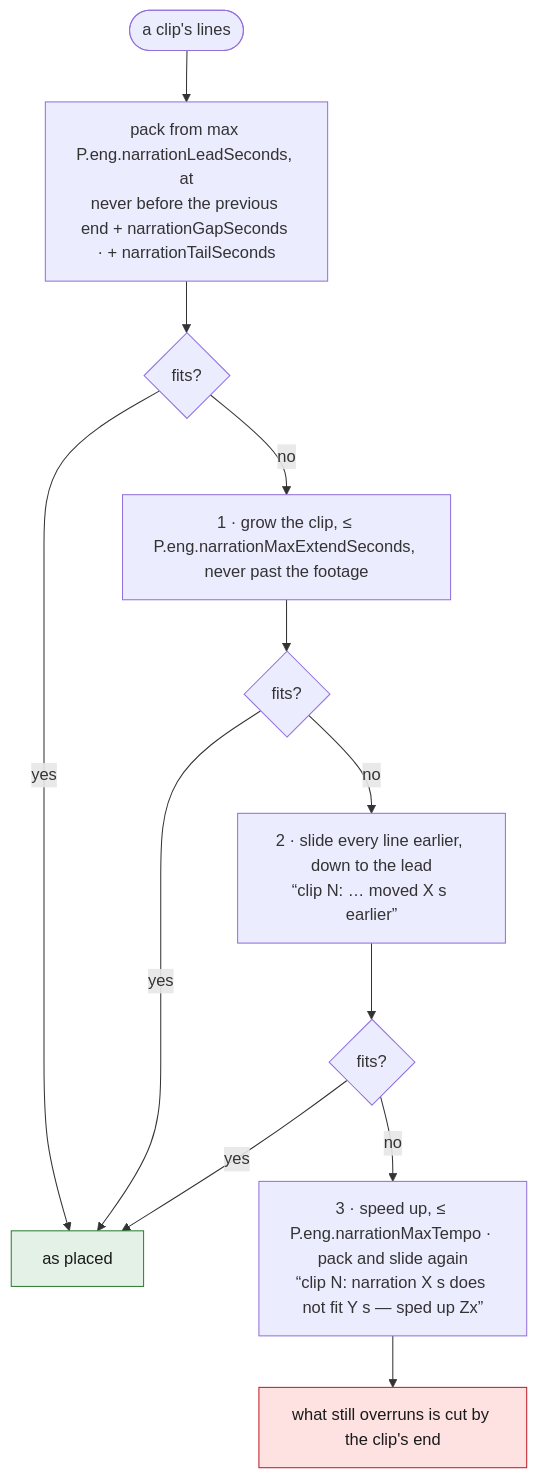
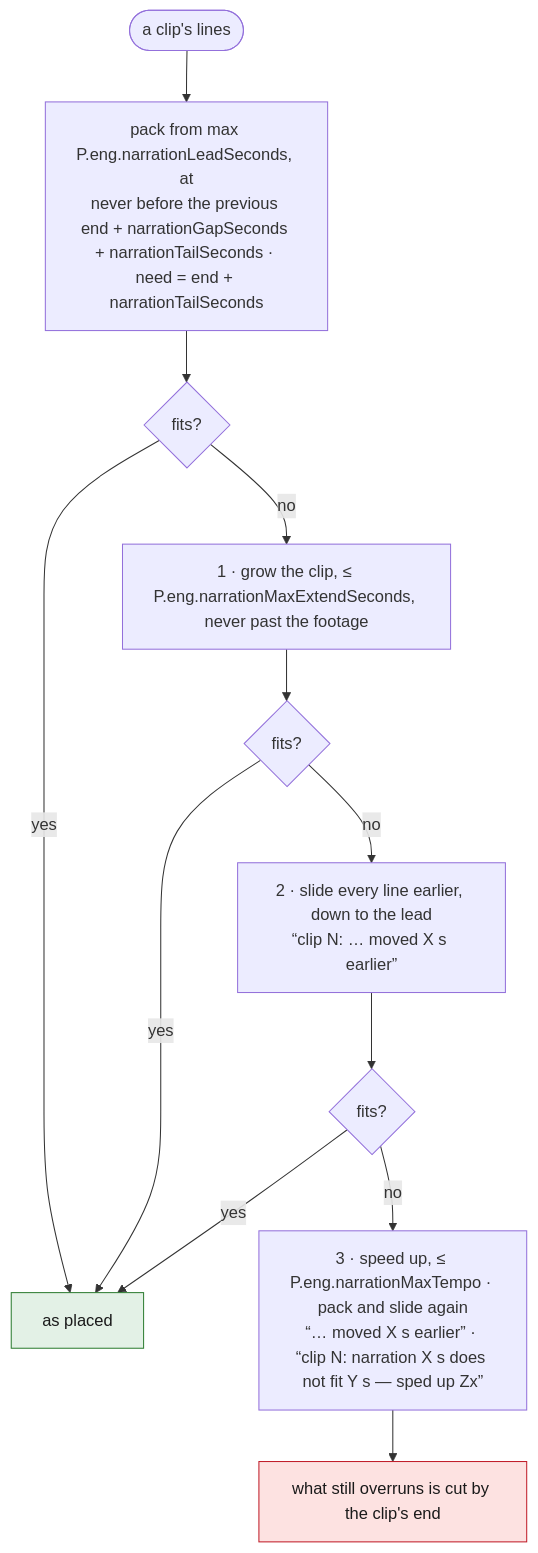
The third of 7 diagrams in spec/07-narrate.md (tbocek/naivepost), drawn with Mermaid before and after one commit. The commit also changed other lines of this file and 19 other files, not shown here.

````diff
--- a/spec/07-narrate.md
+++ b/spec/07-narrate.md
@@ -94,17 +94,17 @@
 ```mermaid
 flowchart TD
-  A(["a clip's lines"]) --> P["pack from max P.eng.narrationLeadSeconds, at<br/>never before the previous end + narrationGapSeconds · + narrationTailSeconds"]
+  A(["a clip's lines"]) --> P["pack from max P.eng.narrationLeadSeconds, at<br/>never before the previous end + narrationGapSeconds + narrationTailSeconds · need = end + narrationTailSeconds"]
   P --> F{"fits?"}
   F -- yes --> OK["as placed"]:::done
   F -- no --> G["1 · grow the clip, ≤ P.eng.narrationMaxExtendSeconds, never past the footage"]
   G --> F2{"fits?"}
   F2 -- yes --> OK
   F2 -- no --> SL["2 · slide every line earlier, down to the lead<br/>“clip N: … moved X s earlier”"]
   SL --> F3{"fits?"}
   F3 -- yes --> OK
-  F3 -- no --> SP["3 · speed up, ≤ P.eng.narrationMaxTempo · pack and slide again<br/>“clip N: narration X s does not fit Y s — sped up Zx”"]
+  F3 -- no --> SP["3 · speed up, ≤ P.eng.narrationMaxTempo · pack and slide again<br/>“… moved X s earlier” · “clip N: narration X s does not fit Y s — sped up Zx”"]
   SP --> CUT["what still overruns is cut by the clip's end"]:::refuse
   classDef refuse fill:#fde2e1,stroke:#c01c28,color:#1a1a1a
   classDef done fill:#e3f1e6,stroke:#2e7d32,color:#1a1a1a
   classDef ask fill:#e8eefc,stroke:#3a63c8,color:#1a1a1a
 ```
````
